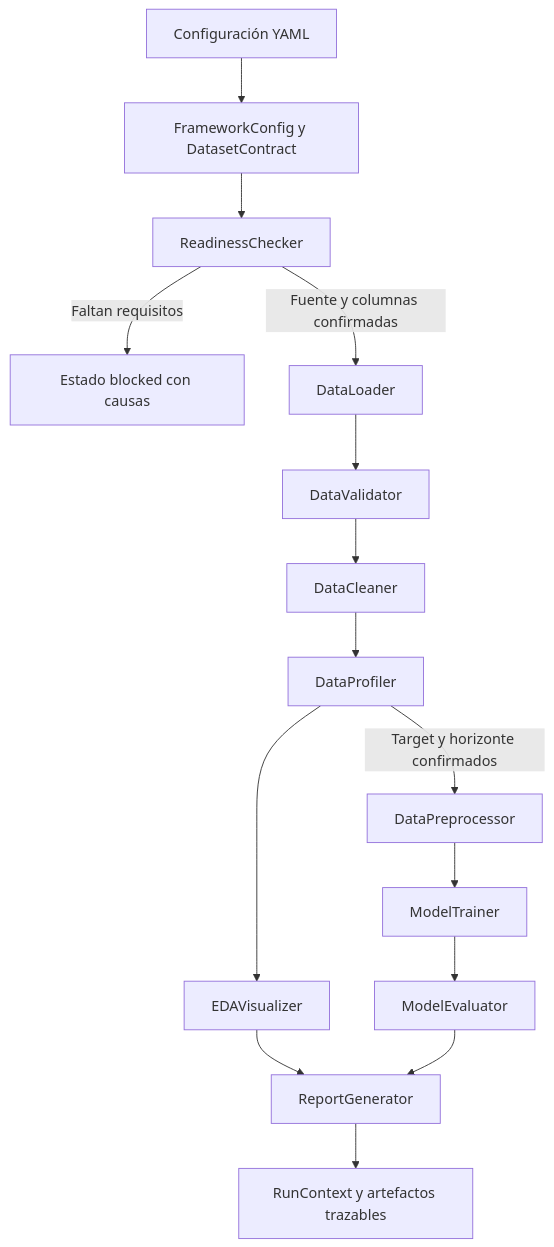
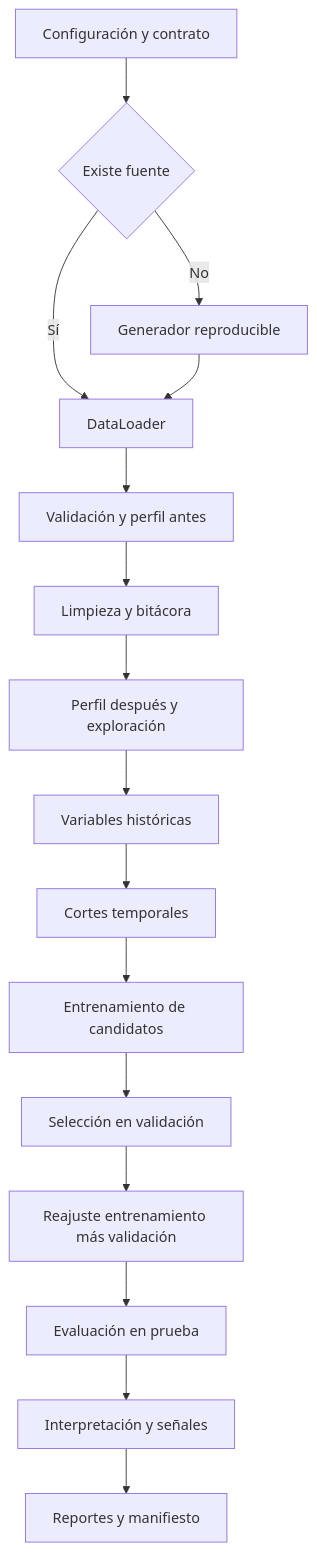
The diagram in README.md (rubenstrada/Lumina-Framework-Proyecto-Final), drawn with Mermaid before and after one commit. The commit also changed other lines of this file and 53 other files, not shown here.

````diff
--- a/README.md
+++ b/README.md
@@ -86,17 +61,18 @@
 ```mermaid
 flowchart TD
-    A[Configuración YAML] --> B[FrameworkConfig y DatasetContract]
-    B --> C[ReadinessChecker]
-    C -->|Faltan requisitos| D[Estado blocked con causas]
-    C -->|Fuente y columnas confirmadas| E[DataLoader]
-    E --> F[DataValidator]
-    F --> G[DataCleaner]
-    G --> H[DataProfiler]
-    H --> I[EDAVisualizer]
-    H -->|Target y horizonte confirmados| J[DataPreprocessor]
-    J --> K[ModelTrainer]
-    K --> L[ModelEvaluator]
-    I --> M[ReportGenerator]
-    L --> M
-    M --> N[RunContext y artefactos trazables]
+    A[Configuración y contrato] --> B{Existe fuente}
+    B -->|No| C[Generador reproducible]
+    B -->|Sí| D[DataLoader]
+    C --> D
+    D --> E[Validación y perfil antes]
+    E --> F[Limpieza y bitácora]
+    F --> G[Perfil después y exploración]
+    G --> H[Variables históricas]
+    H --> I[Cortes temporales]
+    I --> J[Entrenamiento de candidatos]
+    J --> K[Selección en validación]
+    K --> L[Reajuste entrenamiento más validación]
+    L --> M[Evaluación en prueba]
+    M --> N[Interpretación y señales]
+    N --> O[Reportes y manifiesto]
 ```
````
